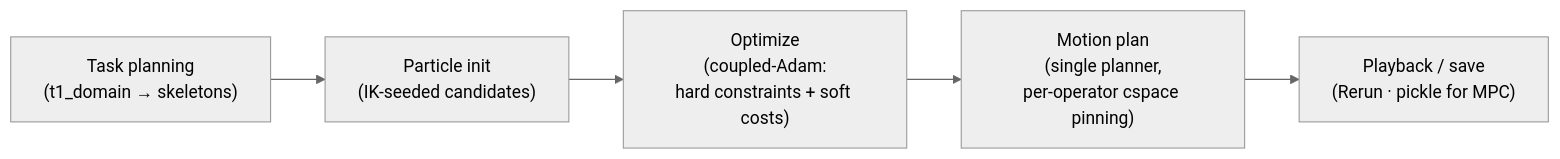
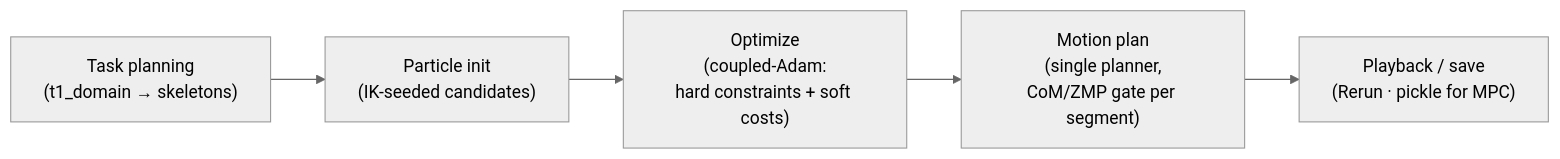
The first of 2 diagrams in README.md (helpYoon/cuTAMP), drawn with Mermaid (neutral theme) before and after one commit. The commit also changed other lines of this file and 1 other file, not shown here.

First line of the commit message:
docs(readme): describe the balance gate, real masses and soles; fix stale claims

````diff
--- a/README.md
+++ b/README.md
@@ -31,7 +45,7 @@
 ```mermaid
 graph LR
     A["Task planning<br/>(t1_domain → skeletons)"] --> B["Particle init<br/>(IK-seeded candidates)"]
     B --> C["Optimize<br/>(coupled-Adam:<br/>hard constraints + soft costs)"]
-    C --> D["Motion plan<br/>(single planner,<br/>per-operator cspace pinning)"]
+    C --> D["Motion plan<br/>(single planner,<br/>CoM/ZMP gate per segment)"]
     D --> E["Playback / save<br/>(Rerun · pickle for MPC)"]
 ```
````
